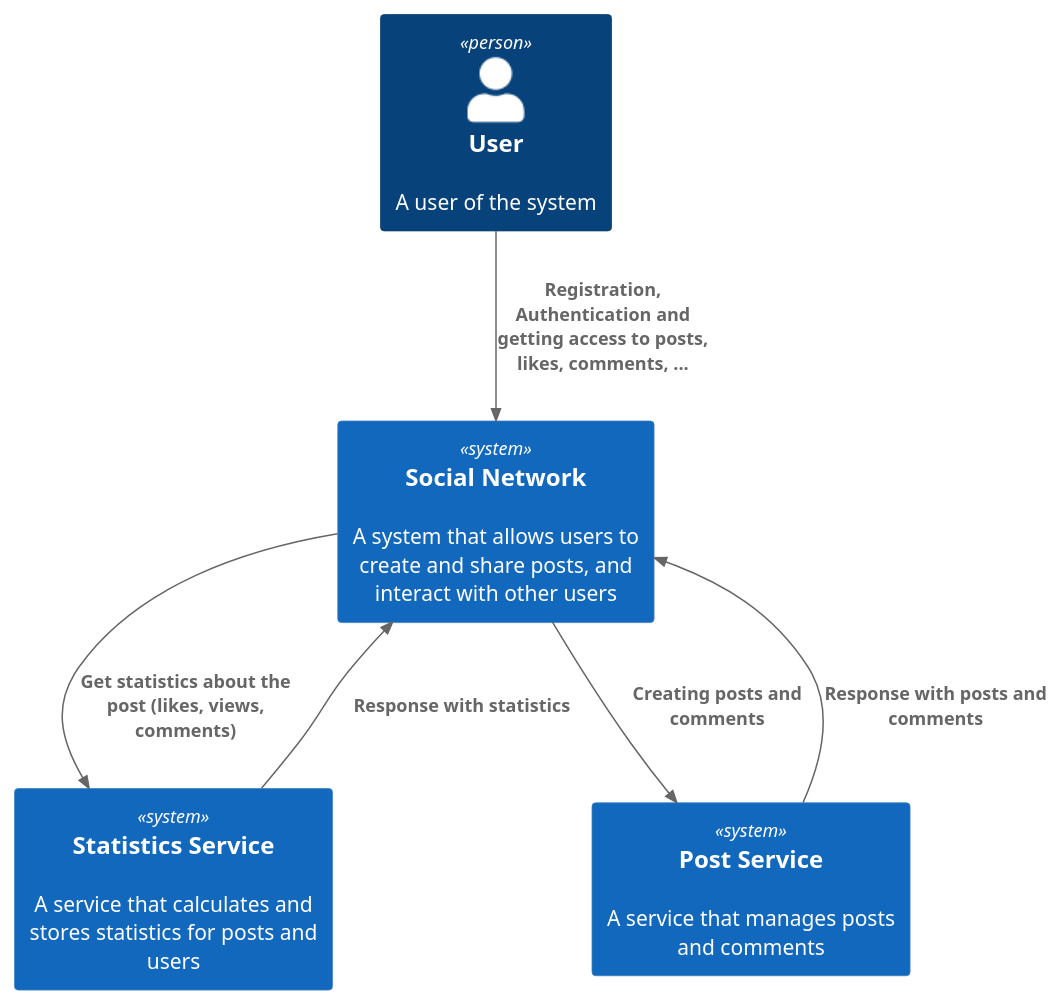
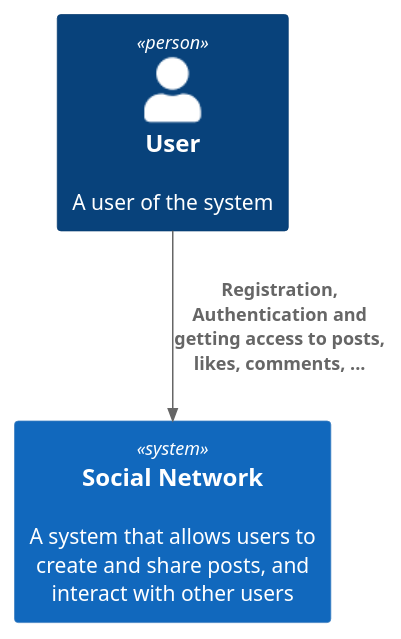
Before and after one commit to Denterry/SocialNetwork: the diagram in doc/c4_context.puml, drawn with PlantUML. The commit also changed 2 other files, not shown here.

Commit message:
Clean context and container diagrams

```diff
--- a/doc/c4_context.puml
+++ b/doc/c4_context.puml
@@ -1,20 +1,10 @@
 @startuml
 !include <C4/C4_Context.puml>
 
 Person(user, "User", "A user of the system")
 
 System(socialNetwork, "Social Network", "A system that allows users to create and share posts, and interact with other users")
-System(statistics, "Statistics Service", "A service that calculates and stores statistics for posts and users")
-System(post, "Post Service", "A service that manages posts and comments")
 
 Rel(user, socialNetwork, "Registration, Authentication and getting access to posts, likes, comments, ...")
 
-Rel(socialNetwork, post, "Creating posts and comments")
-Rel(post, socialNetwork, "Response with posts and comments")
-
-Rel(socialNetwork, statistics, "Get statistics about the post (likes, views, comments)")
-Rel(statistics, socialNetwork, "Response with statistics")
-
-' Rel(post, statistics, "Information about statistics of user posts")
-
 @enduml
```
